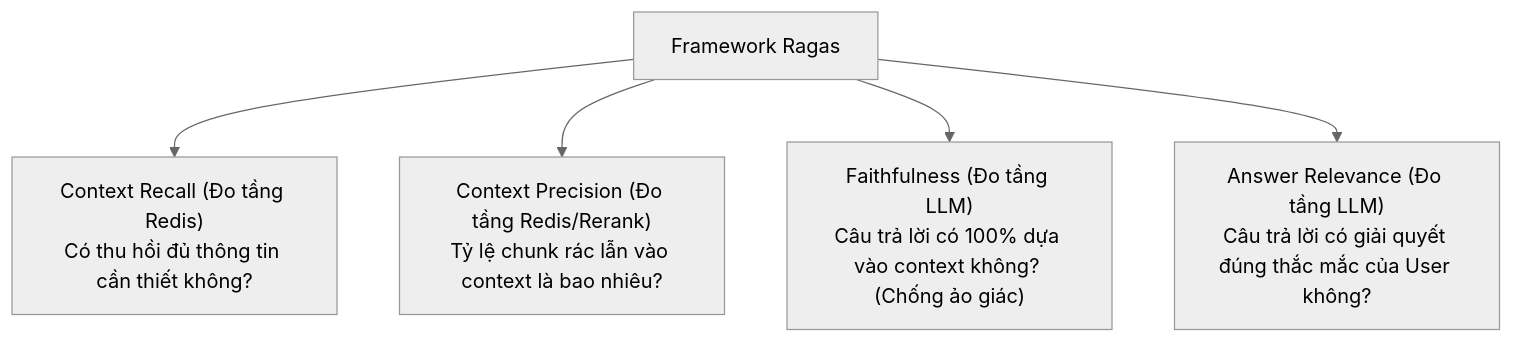
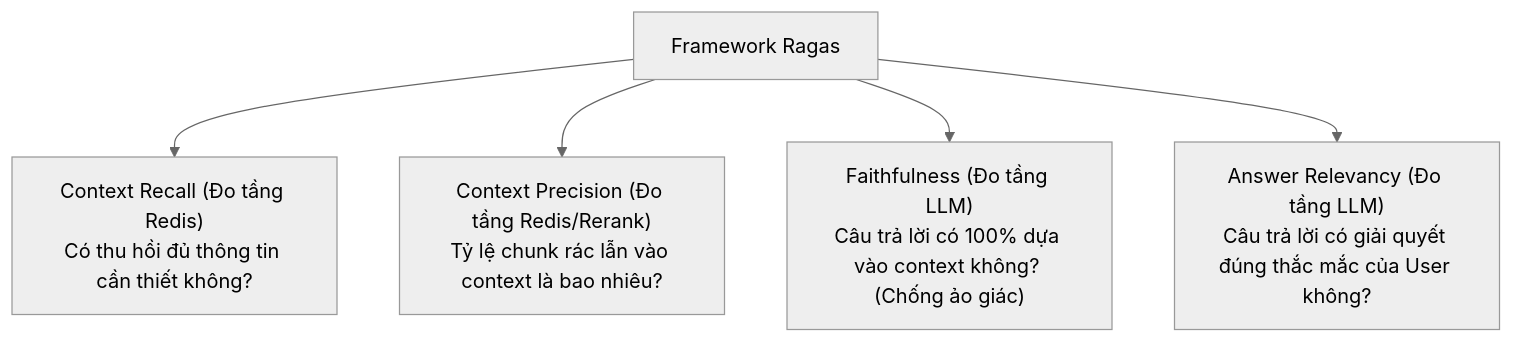
Before and after one commit to hieutran0204/Redis_Iris: the fifth of 6 diagrams in 2-vector-search-and-rag/4-rag-benchmarking-and-evaluation.md, drawn with Mermaid (neutral theme). The commit also changed other lines of this file, not shown here.

Commit message:
fix(benchmark): fix EF_RUNTIME syntax position and ragas metric spelling to answer_relevancy

````diff
--- a/2-vector-search-and-rag/4-rag-benchmarking-and-evaluation.md
+++ b/2-vector-search-and-rag/4-rag-benchmarking-and-evaluation.md
@@ -202,7 +202,7 @@
 ```mermaid
 graph TD
     Ragas["Framework Ragas"] --> CR["Context Recall (Đo tầng Redis)<br/>Có thu hồi đủ thông tin cần thiết không?"]
     Ragas --> CP["Context Precision (Đo tầng Redis/Rerank)<br/>Tỷ lệ chunk rác lẫn vào context là bao nhiêu?"]
     Ragas --> F["Faithfulness (Đo tầng LLM)<br/>Câu trả lời có 100% dựa vào context không? (Chống ảo giác)"]
-    Ragas --> AR["Answer Relevance (Đo tầng LLM)<br/>Câu trả lời có giải quyết đúng thắc mắc của User không?"]
+    Ragas --> AR["Answer Relevancy (Đo tầng LLM)<br/>Câu trả lời có giải quyết đúng thắc mắc của User không?"]
 ```
````
